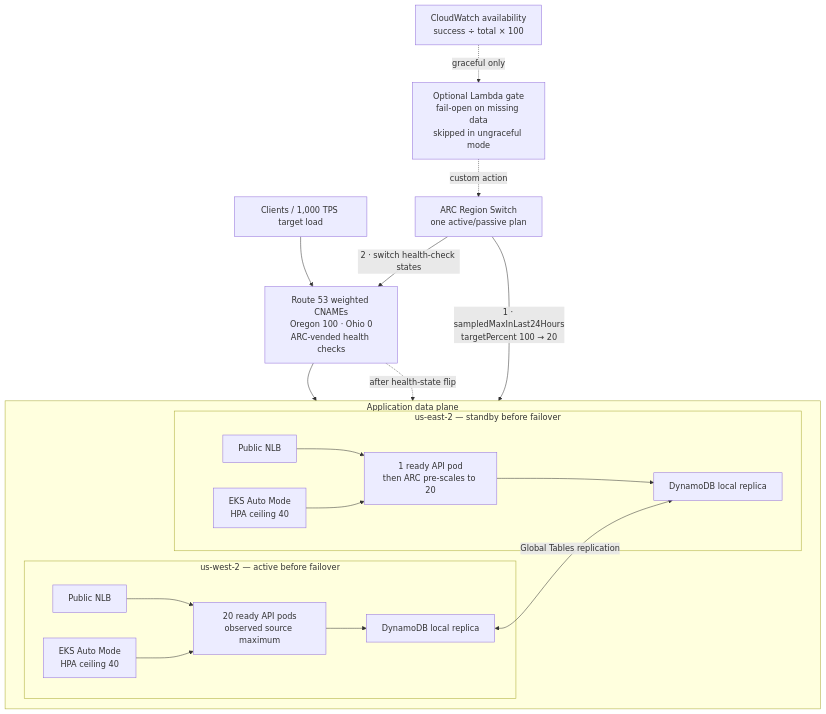
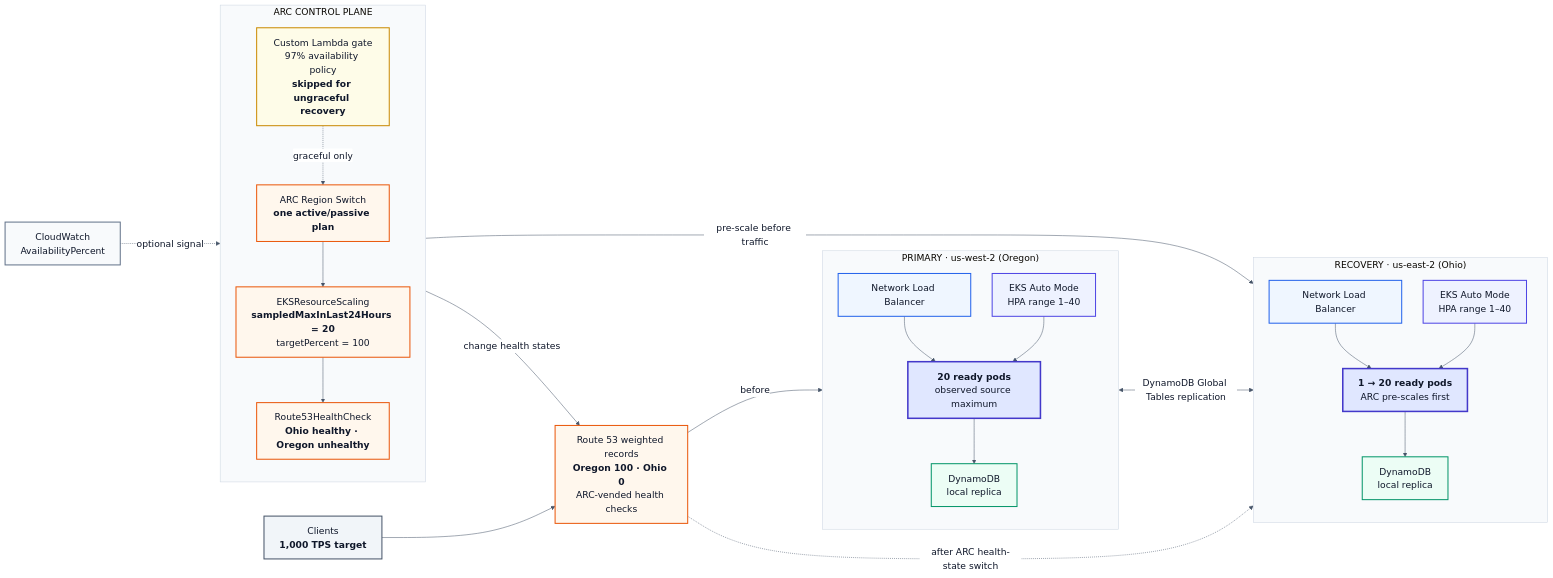
Before and after one commit to bhattchaitanya/aws-arc-eks-observed-capacity-failover: the diagram in diagrams/architecture.mmd, drawn with Mermaid. The commit also changed 12 other files, not shown here.

Commit message:
Polish Medium article formatting and diagrams

```diff
--- a/diagrams/architecture.mmd
+++ b/diagrams/architecture.mmd
@@ -1,38 +1,56 @@
-flowchart TB
-  Client["Clients / 1,000 TPS target load"]
-  DNS["Route 53 weighted CNAMEs<br/>Oregon 100 · Ohio 0<br/>ARC-vended health checks"]
-  ARC["ARC Region Switch<br/>one active/passive plan"]
-  CW["CloudWatch availability<br/>success ÷ total × 100"]
-  Gate["Optional Lambda gate<br/>fail-open on missing data<br/>skipped in ungraceful mode"]
+%%{init: {"theme":"base","themeVariables":{"fontFamily":"Inter, Arial, sans-serif","fontSize":"18px","primaryTextColor":"#0f172a","lineColor":"#475569","background":"#ffffff","edgeLabelBackground":"#ffffff","clusterBkg":"#f8fafc","clusterBorder":"#cbd5e1"},"flowchart":{"htmlLabels":true,"curve":"basis","nodeSpacing":42,"rankSpacing":64}}}%%
+flowchart LR
+  Client["Clients<br/><b>1,000 TPS target</b>"]:::client
+  DNS["Route 53 weighted records<br/><b>Oregon 100 · Ohio 0</b><br/>ARC-vended health checks"]:::control
 
-  subgraph Regions["Application data plane"]
-    direction LR
-    subgraph West["us-west-2 — active before failover"]
-      WNLB["Public NLB"]
-      WEKS["EKS Auto Mode<br/>HPA ceiling 40"]
-      WPods["20 ready API pods<br/>observed source maximum"]
-      WDDB["DynamoDB local replica"]
-      WNLB --> WPods
-      WEKS --> WPods
-      WPods --> WDDB
-    end
-
-    subgraph East["us-east-2 — standby before failover"]
-      ENLB["Public NLB"]
-      EEKS["EKS Auto Mode<br/>HPA ceiling 40"]
-      EPods["1 ready API pod<br/>then ARC pre-scales to 20"]
-      EDDB["DynamoDB local replica"]
-      ENLB --> EPods
-      EEKS --> EPods
-      EPods --> EDDB
-    end
+  subgraph West["PRIMARY · us-west-2 (Oregon)"]
+    direction TB
+    WNLB["Network Load Balancer"]:::network
+    WEKS["EKS Auto Mode<br/>HPA range 1–40"]:::compute
+    WPods["<b>20 ready pods</b><br/>observed source maximum"]:::computeStrong
+    WDDB["DynamoDB<br/>local replica"]:::data
+    WNLB --> WPods
+    WEKS --> WPods
+    WPods --> WDDB
   end
 
+  subgraph East["RECOVERY · us-east-2 (Ohio)"]
+    direction TB
+    ENLB["Network Load Balancer"]:::network
+    EEKS["EKS Auto Mode<br/>HPA range 1–40"]:::compute
+    EPods["<b>1 → 20 ready pods</b><br/>ARC pre-scales first"]:::computeStrong
+    EDDB["DynamoDB<br/>local replica"]:::data
+    ENLB --> EPods
+    EEKS --> EPods
+    EPods --> EDDB
+  end
+
+  subgraph Recovery["ARC CONTROL PLANE"]
+    direction TB
+    ARC["ARC Region Switch<br/><b>one active/passive plan</b>"]:::arc
+    Gate["Custom Lambda gate<br/>97% availability policy<br/><b>skipped for ungraceful recovery</b>"]:::gate
+    Scale["EKSResourceScaling<br/><b>sampledMaxInLast24Hours = 20</b><br/>targetPercent = 100"]:::arc
+    Route["Route53HealthCheck<br/><b>Ohio healthy · Oregon unhealthy</b>"]:::arc
+    ARC --> Scale --> Route
+    Gate -. graceful only .-> ARC
+  end
+
+  CW["CloudWatch<br/>AvailabilityPercent"]:::telemetry
+
   Client --> DNS
-  DNS --> WNLB
-  DNS -. "after health-state flip" .-> ENLB
-  CW -. "graceful only" .-> Gate
-  Gate -. "custom action" .-> ARC
-  ARC -->|"1 · sampledMaxInLast24Hours<br/>targetPercent 100 → 20"| EEKS
-  ARC -->|"2 · switch health-check states"| DNS
-  WDDB <-->|"Global Tables replication"| EDDB
+  DNS -->|"before"| WNLB
+  DNS -. "after ARC health-state switch" .-> ENLB
+  CW -. optional signal .-> Gate
+  Scale -->|"pre-scale before traffic"| EEKS
+  Route -->|"change health states"| DNS
+  WDDB <-->|"DynamoDB Global Tables replication"| EDDB
+
+  classDef client fill:#f1f5f9,stroke:#475569,stroke-width:2px,color:#0f172a;
+  classDef network fill:#eff6ff,stroke:#2563eb,stroke-width:2px,color:#0f172a;
+  classDef compute fill:#eef2ff,stroke:#4f46e5,stroke-width:2px,color:#0f172a;
+  classDef computeStrong fill:#e0e7ff,stroke:#4338ca,stroke-width:3px,color:#0f172a;
+  classDef data fill:#ecfdf5,stroke:#059669,stroke-width:2px,color:#0f172a;
+  classDef control fill:#fff7ed,stroke:#ea580c,stroke-width:2px,color:#0f172a;
+  classDef arc fill:#fff7ed,stroke:#ea580c,stroke-width:2px,color:#0f172a;
+  classDef gate fill:#fefce8,stroke:#ca8a04,stroke-width:2px,color:#0f172a;
+  classDef telemetry fill:#f8fafc,stroke:#64748b,stroke-width:2px,color:#0f172a;
```
